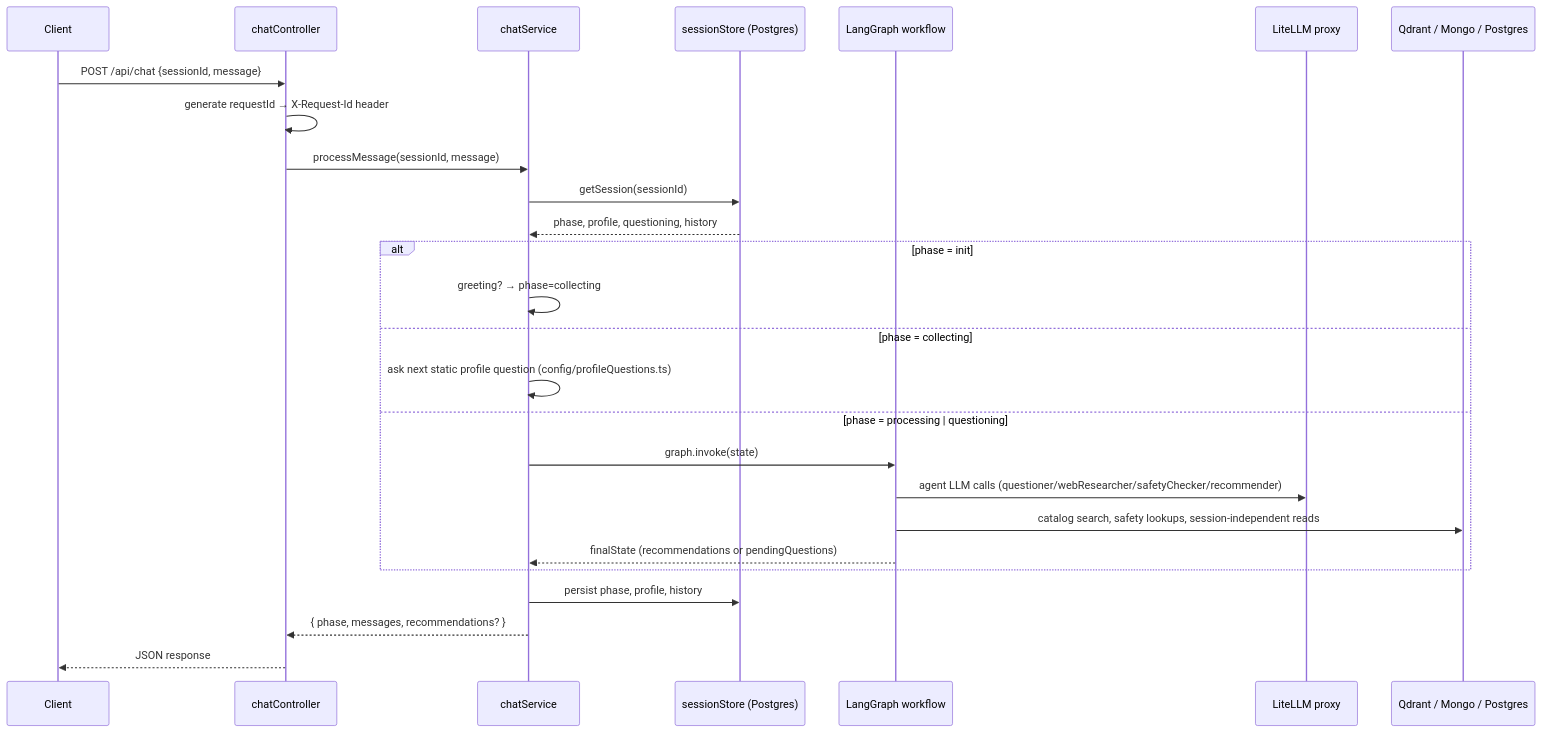
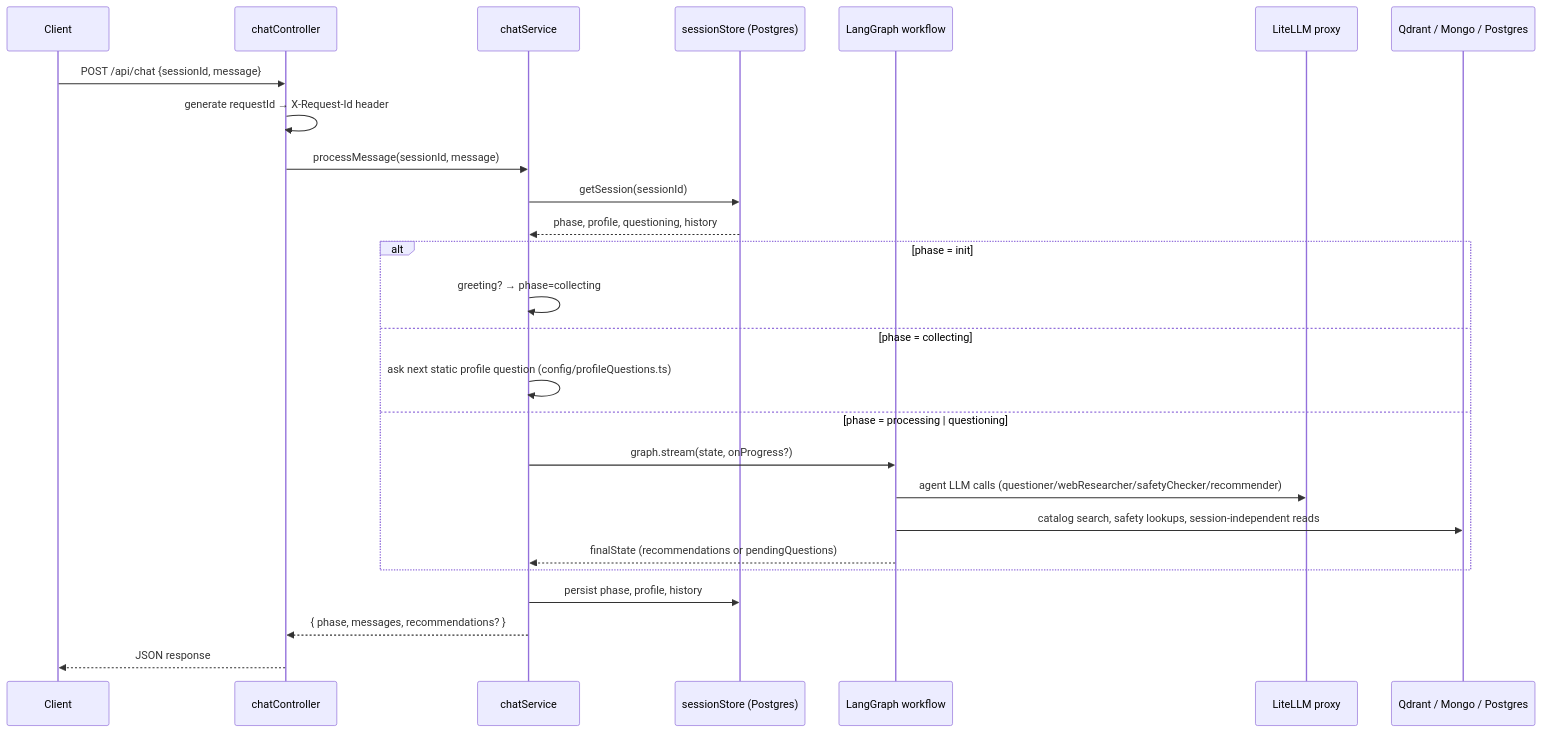
The third of 3 diagrams in docs/architecture-overview.md (javacodegeeks/radiance-ai), drawn with Mermaid before and after one commit. The commit also changed other lines of this file and 12 other files, not shown here.

````diff
--- a/docs/architecture-overview.md
+++ b/docs/architecture-overview.md
@@ -129,31 +154,31 @@
 ```mermaid
 sequenceDiagram
     participant Client
     participant Controller as chatController
     participant Service as chatService
     participant Store as sessionStore (Postgres)
     participant Graph as LangGraph workflow
     participant LLM as LiteLLM proxy
     participant Data as Qdrant / Mongo / Postgres
 
     Client->>Controller: POST /api/chat {sessionId, message}
     Controller->>Controller: generate requestId → X-Request-Id header
     Controller->>Service: processMessage(sessionId, message)
     Service->>Store: getSession(sessionId)
     Store-->>Service: phase, profile, questioning, history
 
     alt phase = init
         Service->>Service: greeting? → phase=collecting
     else phase = collecting
         Service->>Service: ask next static profile question (config/profileQuestions.ts)
     else phase = processing | questioning
-        Service->>Graph: graph.invoke(state)
+        Service->>Graph: graph.stream(state, onProgress?)
         Graph->>LLM: agent LLM calls (questioner/webResearcher/safetyChecker/recommender)
         Graph->>Data: catalog search, safety lookups, session-independent reads
         Graph-->>Service: finalState (recommendations or pendingQuestions)
     end
 
     Service->>Store: persist phase, profile, history
     Service-->>Controller: { phase, messages, recommendations? }
     Controller-->>Client: JSON response
 ```
````
